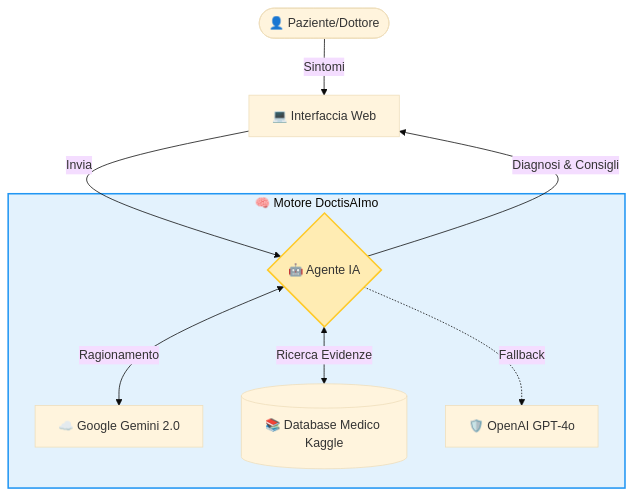
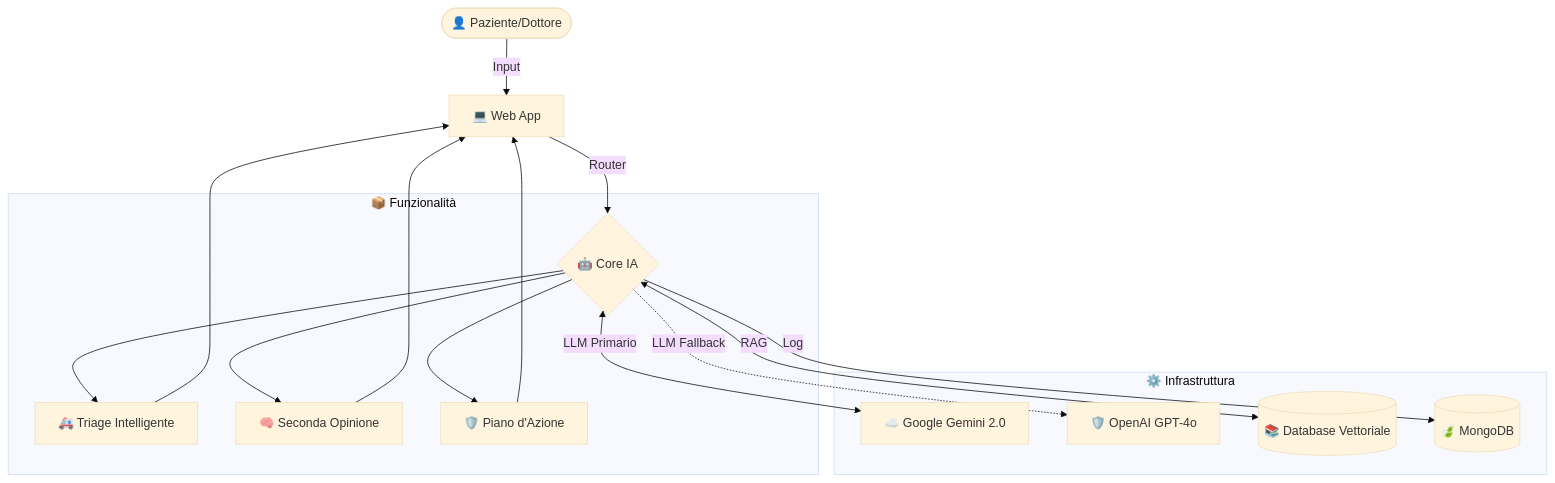
One commit to Adam-Blf/Projet-IA-Generative-Doctis-AI-mo changed the fourth of 8 diagrams in README.md. Above: the diagram before and after it, drawn with Mermaid (base theme). The commit also changed other lines of this file, not shown here.

Commit message:
Docs: Center Align Header & Enhanced Dark-Mode Friendly Diagrams

````diff
--- a/README.md
+++ b/README.md
@@ -293,16 +299,20 @@
 ```mermaid
 graph TD
-    User([👤 Paziente/Dottore]) -->|Sintomi| UI[💻 Interfaccia Web];
-    UI -->|Invia| Agent{🤖 Agente IA};
+    User([👤 Paziente/Dottore]) -->|Input| UI[💻 Web App];
+    UI -->|Router| Agent{🤖 Core IA};
     
-    subgraph Core [🧠 Motore DoctisAImo]
-        Agent <-->|Ragionamento| Gemini[☁️ Google Gemini 2.0];
-        Agent <-->|Ricerca Evidenze| RAG[(📚 Database Medico Kaggle)];
-        Agent -.->|Fallback| GPT[🛡️ OpenAI GPT-4o];
+    subgraph Modules [📦 Funzionalità]
+        Agent --> Triage[🚑 Triage Intelligente];
+        Agent --> SecondOp[🧠 Seconda Opinione];
+        Agent --> Plan[🛡️ Piano d'Azione];
+    end
+
+    subgraph Backend [⚙️ Infrastruttura]
+        Agent <-->|LLM Primario| Gemini[☁️ Google Gemini 2.0];
+        Agent -.->|LLM Fallback| GPT[🛡️ OpenAI GPT-4o];
+        Agent <-->|RAG| DB[(📚 Database Vettoriale)];
+        Agent -->|Log| Mongo[(🍃 MongoDB)];
     end
     
-    Agent -->|Diagnosi & Consigli| UI;
-    
-    style Core fill:#e3f2fd,stroke:#2196f3,stroke-width:2px
-    style Agent fill:#ffecb3,stroke:#ffca28,stroke-width:2px
+    Triage & SecondOp & Plan --> UI;
 ```
````
